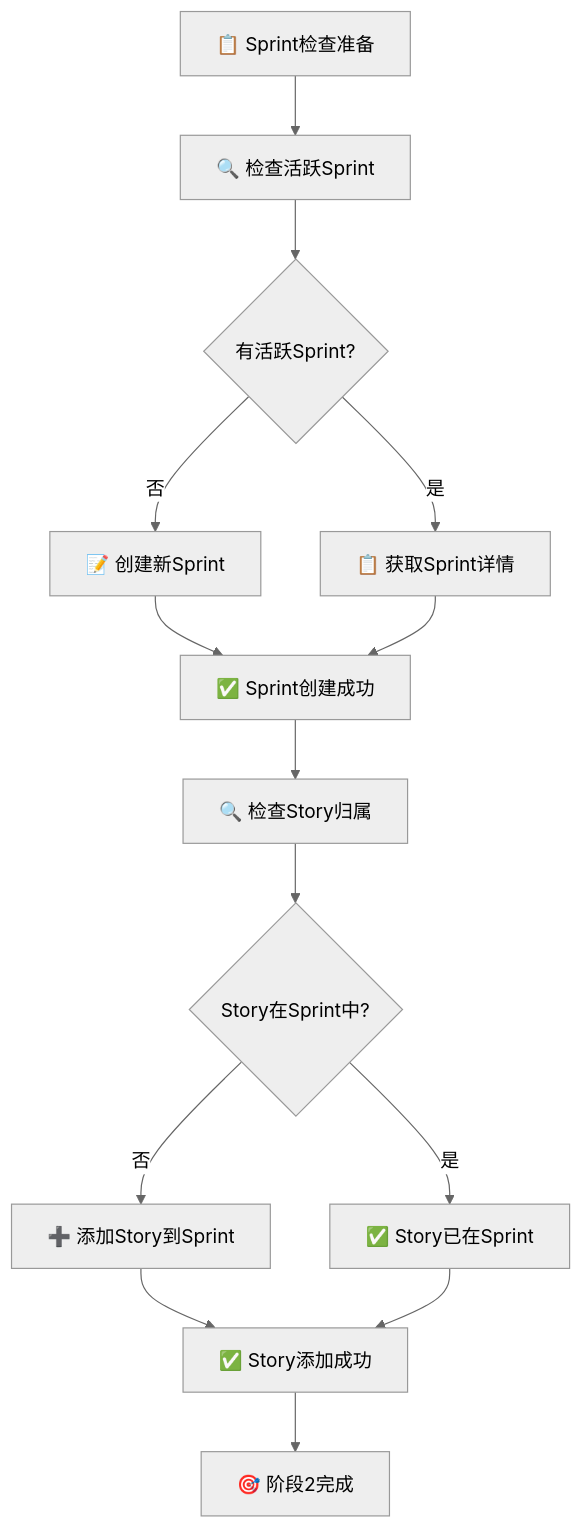
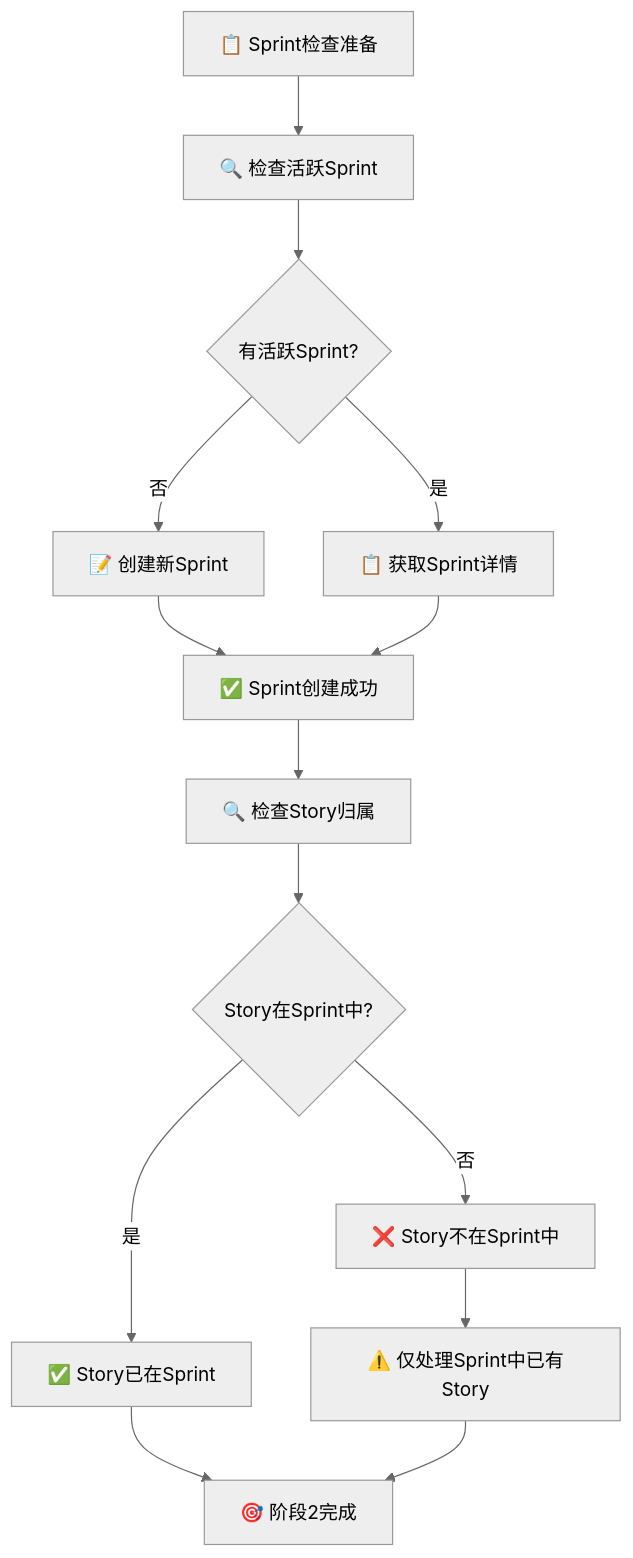
The third of 11 diagrams in plugins/agile-marketplace/sprint-plugin/commands/快速sprint.md (ouyangshixiong/context-engineering-zh), drawn with Mermaid (neutral theme) before and after one commit. The commit also changed other lines of this file, not shown here.

````diff
--- a/plugins/agile-marketplace/sprint-plugin/commands/快速sprint.md
+++ b/plugins/agile-marketplace/sprint-plugin/commands/快速sprint.md
@@ -135,16 +141,16 @@
 ```mermaid
 flowchart TD
     A[📋 Sprint检查准备] --> B[🔍 检查活跃Sprint]
     B --> C{有活跃Sprint?}
     C -->|否| D[📝 创建新Sprint]
     C -->|是| E[📋 获取Sprint详情]
     D --> F[✅ Sprint创建成功]
     E --> F
     F --> G[🔍 检查Story归属]
     G --> H{Story在Sprint中?}
-    H -->|否| I[➕ 添加Story到Sprint]
+    H -->|否| I[❌ Story不在Sprint中]
     H -->|是| J[✅ Story已在Sprint]
-    I --> K[✅ Story添加成功]
-    J --> K
-    K --> L[🎯 阶段2完成]
+    I --> K[⚠️ 仅处理Sprint中已有Story]
+    J --> L[🎯 阶段2完成]
+    K --> L
 ```
````
